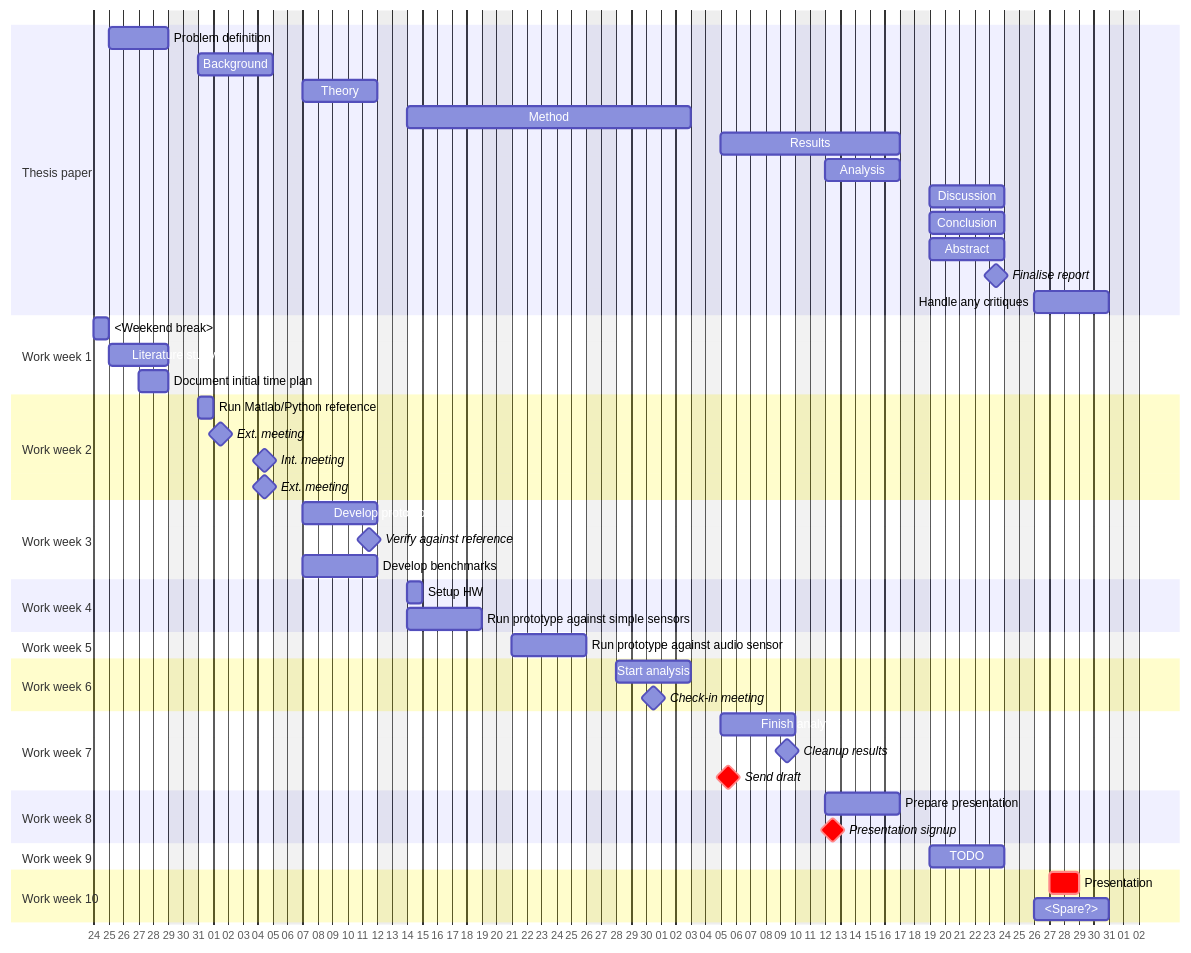
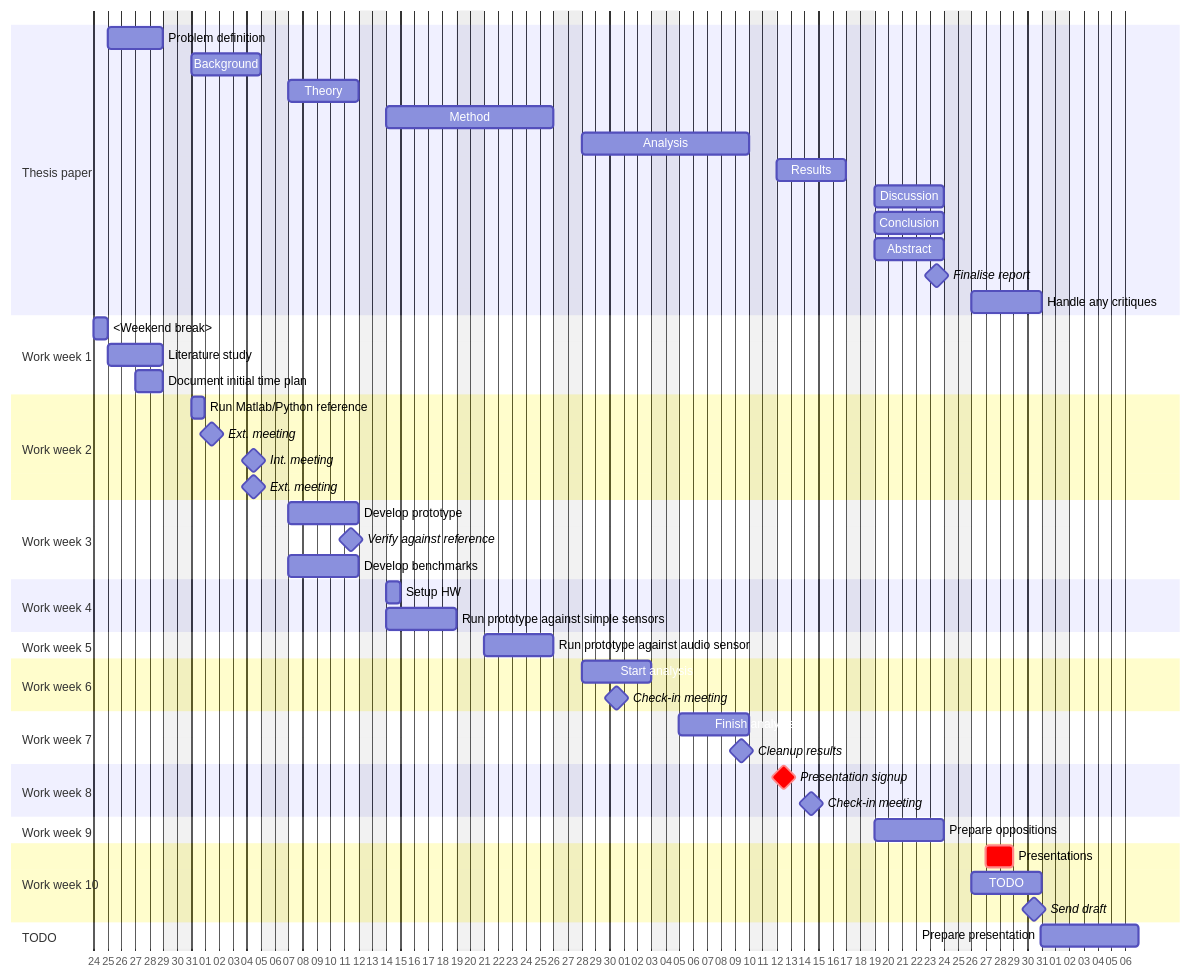
The diagram in time.md (lmas/thesis), drawn with Mermaid before and after one commit. The commit also changed other lines of this file, not shown here.

````diff
--- a/time.md
+++ b/time.md
@@ -18,73 +18,76 @@
 ```mermaid
 gantt
     dateFormat  MM-DD
     excludes saturday, sunday
     weekday monday
     tickInterval 1day
     axisFormat %d
 
 %% BUG: can't use 1d events on fridays?? Had to use 23h instead
 
 section Thesis paper
     Problem definition: 03-25, 4d
 
     Background: 5d
 
     Theory: 5d
 
-    Method: 15d
+    Method: 10d
+
+    Analysis: 10d
     
-    Results: 05-05, 10d
-
-    Analysis: 05-12, 5d   
+    Results: 5d
 
     Discussion:05-19, 5d
     Conclusion: 05-19, 5d
     Abstract: 05-19, 5d
     Finalise report: milestone, 05-23, 23h
 
     Handle any critiques: 05-26, 5d
 
 section Work week 1
     <Weekend break>: 03-24, 1d
     Literature study: 03-25, 4d
     Document initial time plan: 03-27, 2d
 
 section Work week 2
     Run Matlab/Python reference: 03-31, 1d
     Ext. meeting: milestone, 04-01, 23h
     Int. meeting: milestone, 04-04, 23h
     Ext. meeting: milestone, 04-04, 23h
 
 section Work week 3
     Develop prototype: 04-07, 5d
     Verify against reference: milestone, 04-11, 23h
     Develop benchmarks: 04-07, 5d
 
 section Work week 4
     Setup HW: 04-14, 1d
     Run prototype against simple sensors: 04-14, 5d
 
 section Work week 5
     Run prototype against audio sensor: 04-21, 5d
 
 section Work week 6
     Start analysis: 04-28, 5d
     Check-in meeting: milestone, 04-30, 1d
 
 section Work week 7
     Finish analysis: 05-05, 5d
     Cleanup results: milestone, 05-09, 23h
-    Send draft: crit, milestone, 05-05, 1d
 
 section Work week 8
-    Prepare presentation: 05-12, 5d
     Presentation signup: crit, milestone, 05-12, 1d
+    Check-in meeting: milestone, 05-14, 1d
 
 section Work week 9
-    TODO: 05-19, 5d
+    Prepare oppositions: 05-19, 5d
 
 section Work week 10
-    Presentation: crit, 05-27, 2d
-    <Spare?>: 05-26, 5d
+    Presentations: crit, 05-27, 2d
+    TODO: 05-26, 5d
+    Send draft: milestone, 05-30, 23h
+
+section TODO
+    Prepare presentation: 5d
 ```
````
